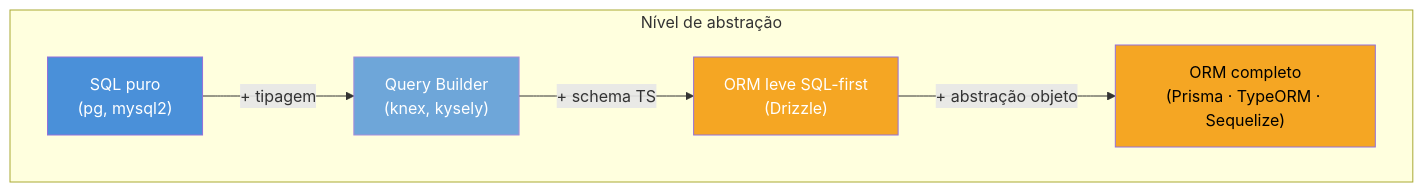
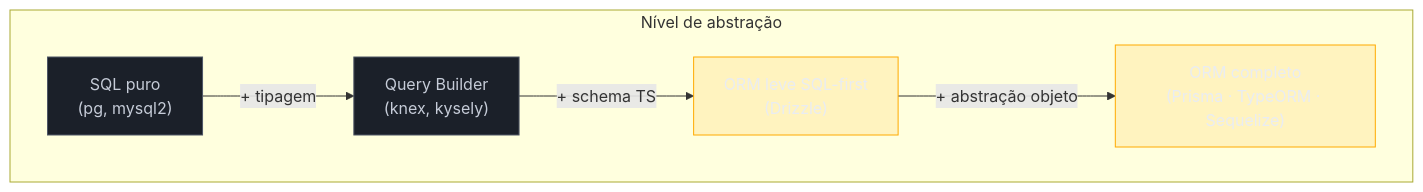
One commit to josenaldo/codex-technomanticus changed the diagram in 03-Dominios/Tecnologia/Node/ORMs e banco de dados/01 - Panorama de ORMs.md. Above: the diagram before and after it, drawn with Mermaid. The commit also changed 1181 other files, not shown here.

First line of the commit message:
fix(diagramas): paleta do sistema no lugar de cor cravada no markdown

````diff
--- a/03-Dominios/Tecnologia/Node/ORMs e banco de dados/01 - Panorama de ORMs.md
+++ b/03-Dominios/Tecnologia/Node/ORMs e banco de dados/01 - Panorama de ORMs.md
@@ -27,18 +27,20 @@
 ```mermaid
 flowchart TD
+    classDef neutro fill:#1B2029,stroke:#4E5666,color:#C6CCD8
+    classDef destaque fill:#FFAA0024,stroke:#FFAA00,color:#E9ECF2
     subgraph Abstrações["Nível de abstração"]
         SQL["SQL puro\n(pg, mysql2)"]
         QB["Query Builder\n(knex, kysely)"]
         ORML["ORM leve SQL-first\n(Drizzle)"]
         ORMF["ORM completo\n(Prisma · TypeORM · Sequelize)"]
     end
 
     SQL -->|"+ tipagem"| QB
     QB -->|"+ schema TS"| ORML
     ORML -->|"+ abstração objeto"| ORMF
 
-    style SQL fill:#4A90D9,color:#fff
-    style QB fill:#4A90D9,color:#fff,opacity:0.8
-    style ORML fill:#F5A623,color:#fff
-    style ORMF fill:#F5A623,color:#000
+    class SQL neutro
+    class QB neutro
+    class ORML destaque
+    class ORMF destaque
 ```
````
